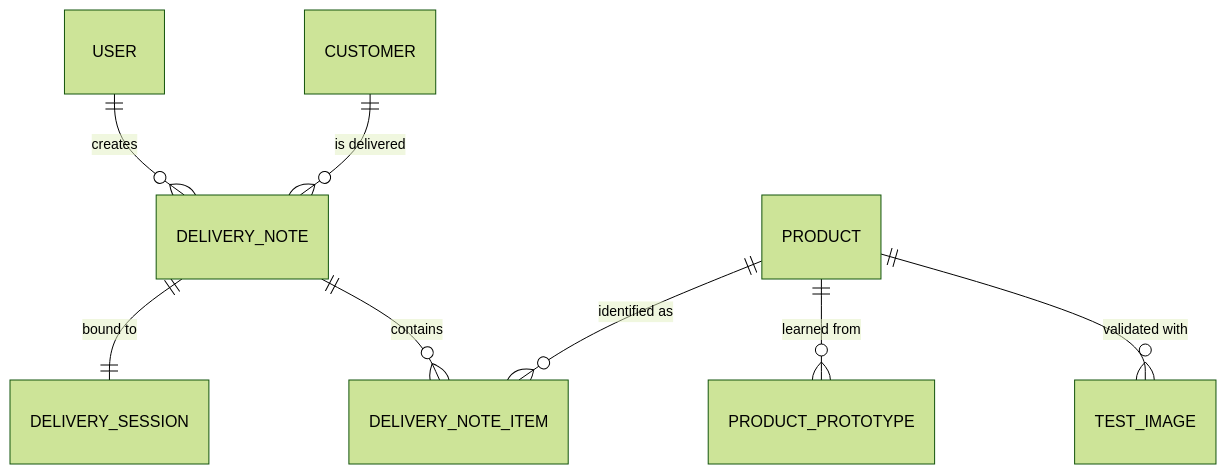
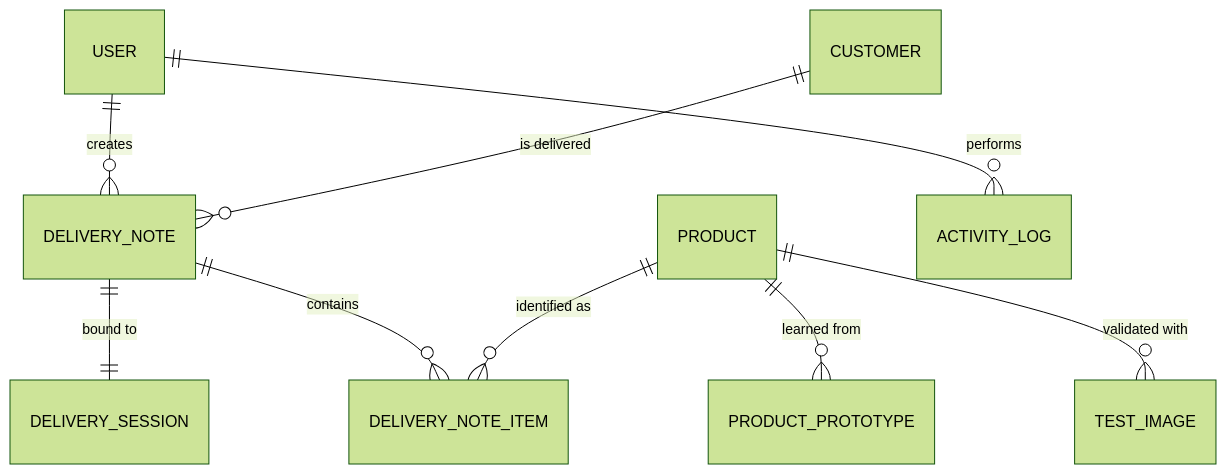
One commit to Habybyi/Graduating_Project changed the diagram in Documentation/Architecture/Data_Model.md. Above: the diagram before and after it, drawn with Mermaid (forest theme). The commit also changed other lines of this file and 10 other files, not shown here.

````diff
--- a/Documentation/Architecture/Data_Model.md
+++ b/Documentation/Architecture/Data_Model.md
@@ -10,10 +10,11 @@
 ```mermaid
 erDiagram
     USER ||--o{ DELIVERY_NOTE : creates
     CUSTOMER ||--o{ DELIVERY_NOTE : "is delivered"
     DELIVERY_NOTE ||--|| DELIVERY_SESSION : "bound to"
     DELIVERY_NOTE ||--o{ DELIVERY_NOTE_ITEM : contains
     PRODUCT ||--o{ DELIVERY_NOTE_ITEM : "identified as"
     PRODUCT ||--o{ PRODUCT_PROTOTYPE : "learned from"
     PRODUCT ||--o{ TEST_IMAGE : "validated with"
+    USER ||--o{ ACTIVITY_LOG : performs
 ```
````
